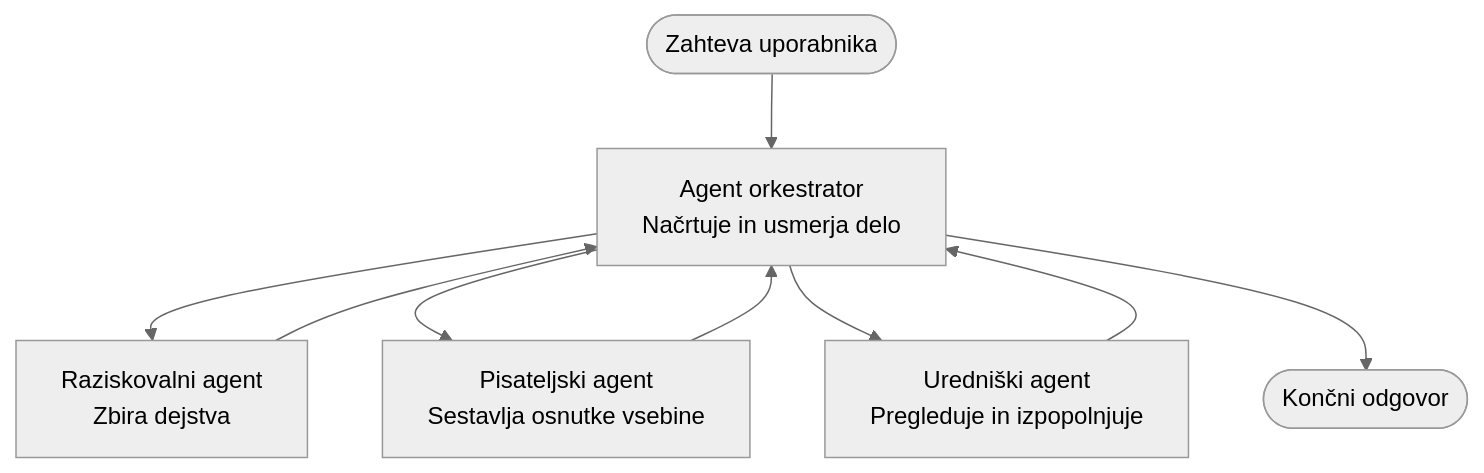
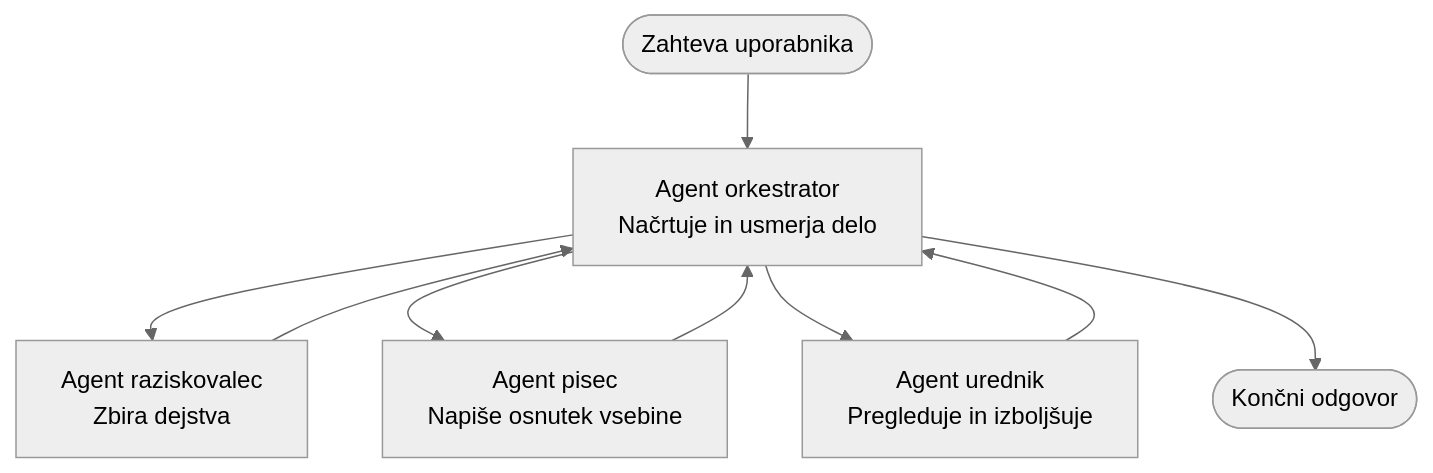
One commit to microsoft/AZD-for-beginners changed the diagram in translations/sl/docs/chapter-05-multi-agent/multi-agent-basics.md. Above: the diagram before and after it, drawn with Mermaid (neutral theme). The commit also changed other lines of this file and 60 other files, not shown here.

````diff
--- a/translations/sl/docs/chapter-05-multi-agent/multi-agent-basics.md
+++ b/translations/sl/docs/chapter-05-multi-agent/multi-agent-basics.md
@@ -43,11 +43,11 @@
 ```mermaid
 graph TD
     User([Zahteva uporabnika]) --> Orchestrator[Agent orkestrator<br/>Načrtuje in usmerja delo]
-    Orchestrator --> Researcher[Raziskovalni agent<br/>Zbira dejstva]
-    Orchestrator --> Writer[Pisateljski agent<br/>Sestavlja osnutke vsebine]
-    Orchestrator --> Editor[Uredniški agent<br/>Pregleduje in izpopolnjuje]
+    Orchestrator --> Researcher[Agent raziskovalec<br/>Zbira dejstva]
+    Orchestrator --> Writer[Agent pisec<br/>Napiše osnutek vsebine]
+    Orchestrator --> Editor[Agent urednik<br/>Pregleduje in izboljšuje]
     Researcher --> Orchestrator
     Writer --> Orchestrator
     Editor --> Orchestrator
     Orchestrator --> Result([Končni odgovor])
 ```
````
